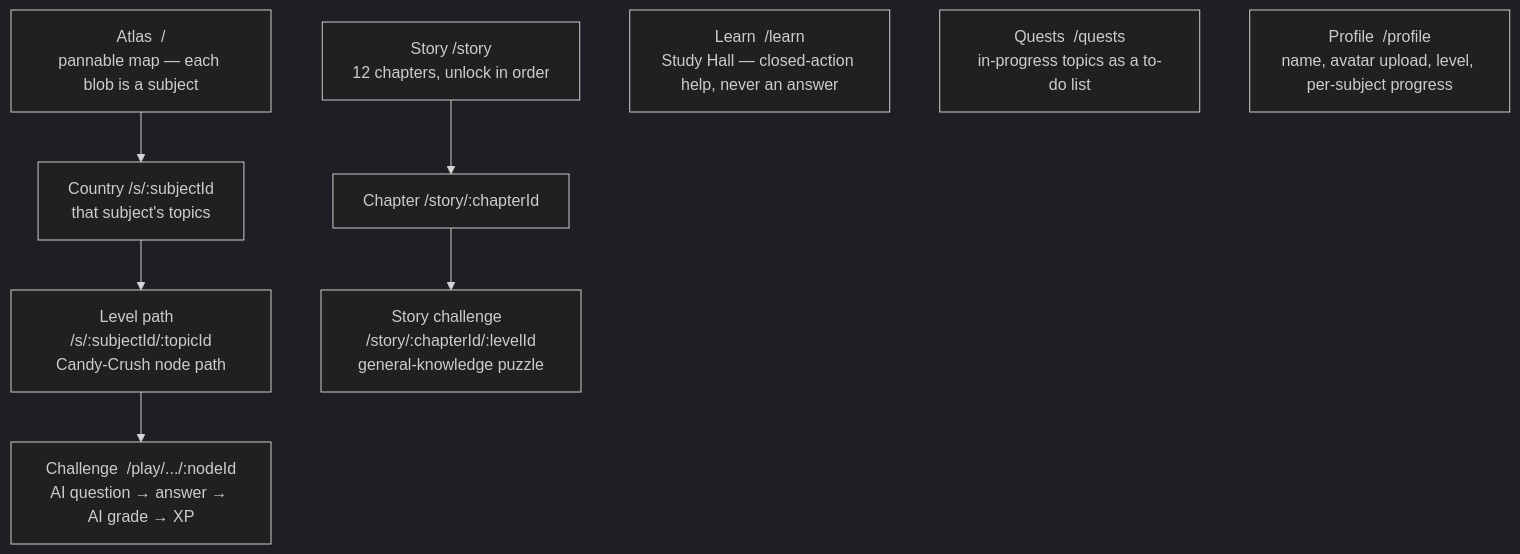
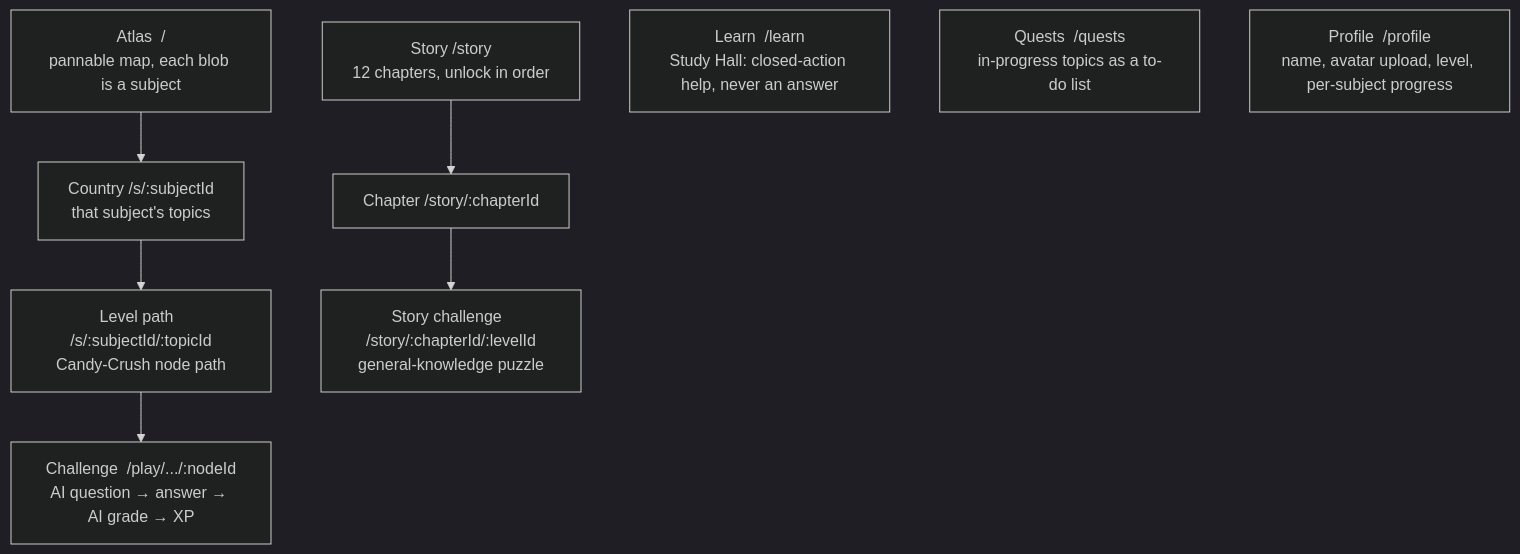
The second of 6 diagrams in README.md (Hloniphani-Dube/Arcadedu), drawn with Mermaid (dark theme) before and after one commit. The commit also changed other lines of this file and 49 other files, not shown here.

````diff
--- a/README.md
+++ b/README.md
@@ -73,13 +74,13 @@
 ```mermaid
 flowchart TD
-    Atlas["Atlas  /\npannable map — each blob is a subject"] --> Country["Country  /s/:subjectId\nthat subject's topics"]
+    Atlas["Atlas  /\npannable map, each blob is a subject"] --> Country["Country  /s/:subjectId\nthat subject's topics"]
     Country --> Path["Level path  /s/:subjectId/:topicId\nCandy-Crush node path"]
     Path --> Challenge["Challenge  /play/.../:nodeId\nAI question → answer → AI grade → XP"]
 
     Story["Story  /story\n12 chapters, unlock in order"] --> Chapter["Chapter  /story/:chapterId"]
     Chapter --> StoryC["Story challenge  /story/:chapterId/:levelId\ngeneral-knowledge puzzle"]
 
-    Learn["Learn  /learn\nStudy Hall — closed-action help, never an answer"]
+    Learn["Learn  /learn\nStudy Hall: closed-action help, never an answer"]
     Quests["Quests  /quests\nin-progress topics as a to-do list"]
     Profile["Profile  /profile\nname, avatar upload, level, per-subject progress"]
 ```
````
